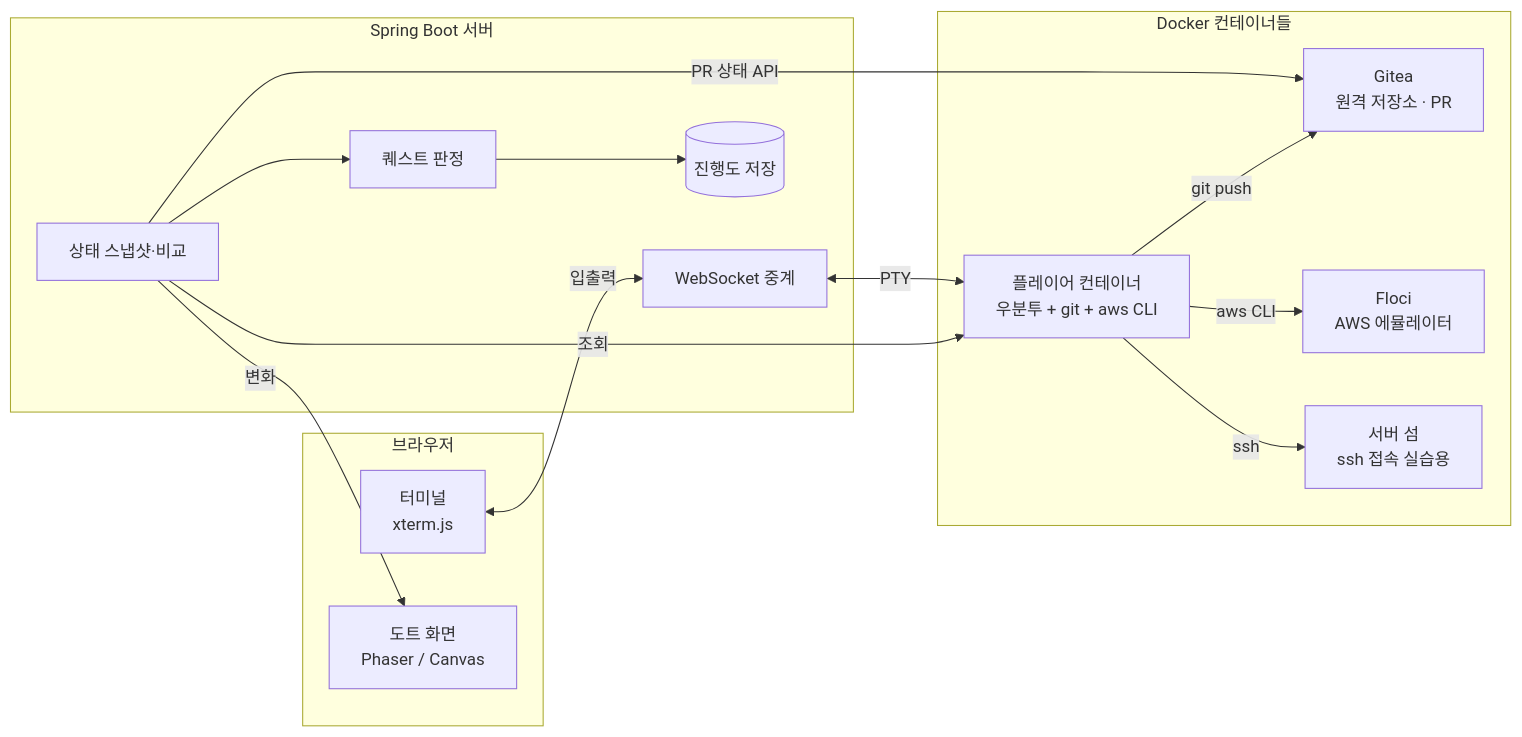
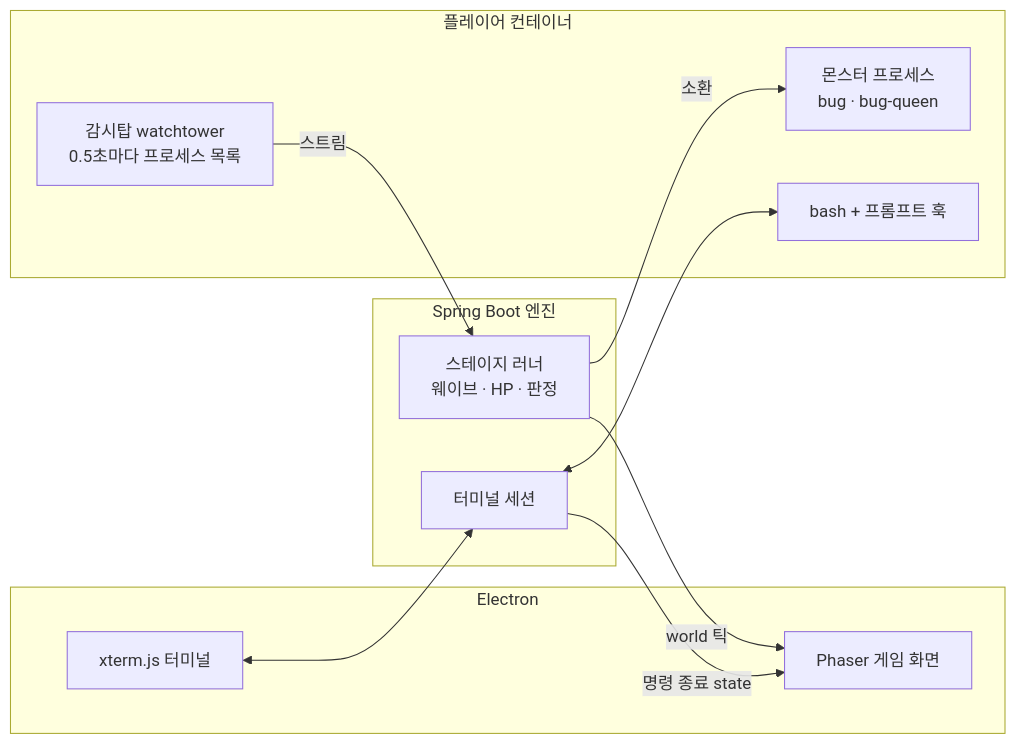
Before and after one commit to jackbongmin/Project_DotShell: the second of 2 diagrams in docs/DotShell_기획서.md, drawn with Mermaid. The commit also changed other lines of this file, not shown here.

````diff
--- a/docs/DotShell_기획서.md
+++ b/docs/DotShell_기획서.md
@@ -119,28 +187,21 @@
 ```mermaid
 flowchart LR
-    subgraph Browser[브라우저]
-        T[터미널<br/>xterm.js]
-        S[도트 화면<br/>Phaser / Canvas]
+    subgraph Client[Electron]
+        T[xterm.js 터미널]
+        G[Phaser 게임 화면]
     end
-    subgraph Server[Spring Boot 서버]
-        WS[WebSocket 중계]
-        SN[상태 스냅샷·비교]
-        J[퀘스트 판정]
-        DB[(진행도 저장)]
+    subgraph Engine[Spring Boot 엔진]
+        TS[터미널 세션]
+        SR[스테이지 러너<br/>웨이브 · HP · 판정]
     end
-    subgraph Docker[Docker 컨테이너들]
-        P[플레이어 컨테이너<br/>우분투 + git + aws CLI]
-        G[Gitea<br/>원격 저장소 · PR]
-        F[Floci<br/>AWS 에뮬레이터]
-        I[서버 섬<br/>ssh 접속 실습용]
+    subgraph Player[플레이어 컨테이너]
+        B[bash + 프롬프트 훅]
+        W[감시탑 watchtower<br/>0.5초마다 프로세스 목록]
+        M[몬스터 프로세스<br/>bug · bug-queen]
     end
-    T <-- 입출력 --> WS
-    WS <-- PTY --> P
-    SN -- 조회 --> P
-    SN -- PR 상태 API --> G
-    SN -- 변화 --> S
-    SN --> J --> DB
-    P -- git push --> G
-    P -- aws CLI --> F
-    P -- ssh --> I
+    T <--> TS <--> B
+    SR -- 소환 --> M
+    W -- 스트림 --> SR
+    SR -- world 틱 --> G
+    TS -- 명령 종료 state --> G
 ```
````
